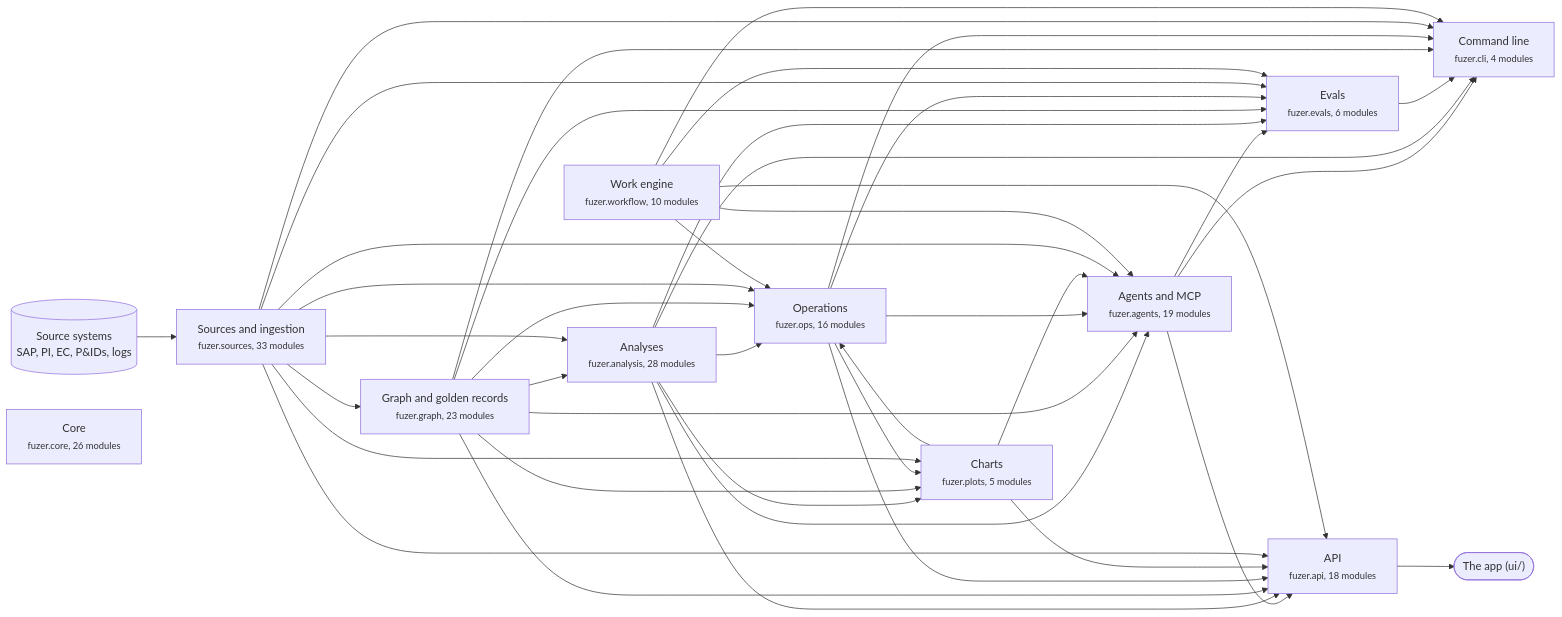
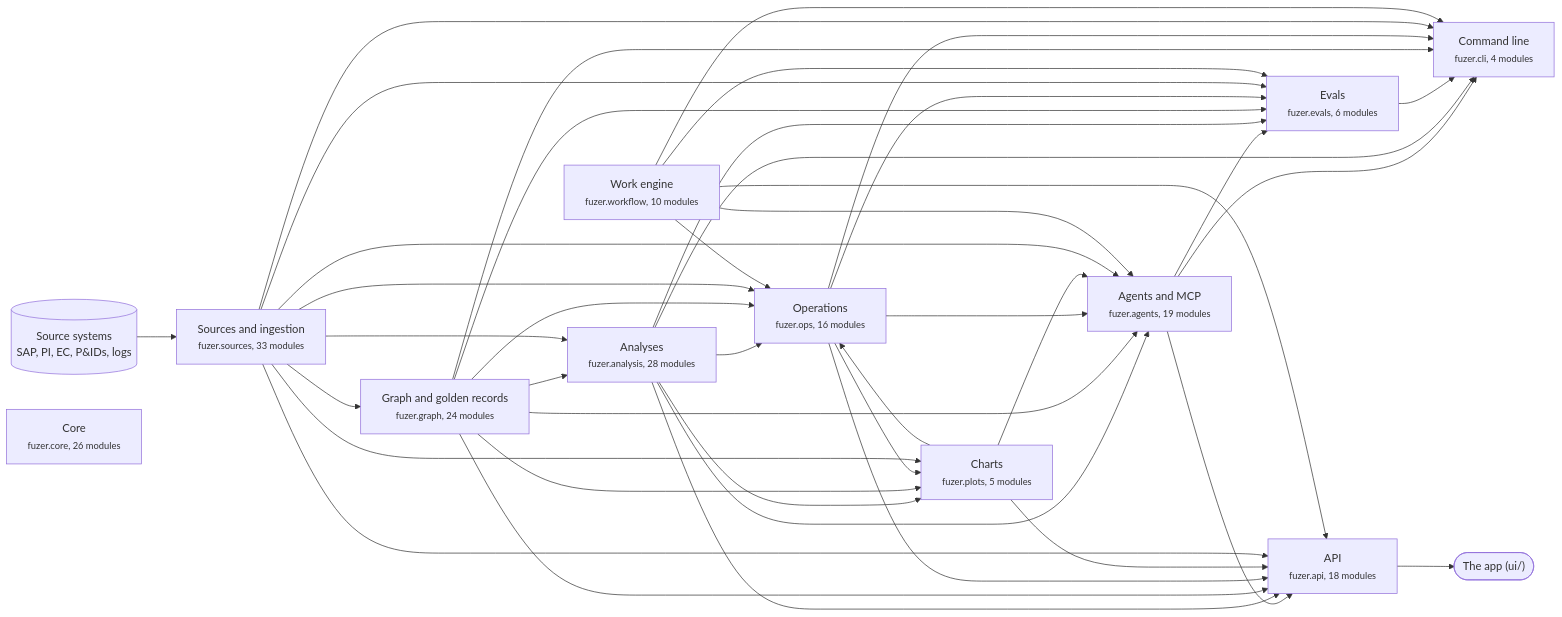
One commit to areed145/fuzer changed the first of 3 diagrams in docs/architecture.md. Above: the diagram before and after it, drawn with Mermaid. The commit also changed other lines of this file and 7 other files, not shown here.

````diff
--- a/docs/architecture.md
+++ b/docs/architecture.md
@@ -8,66 +8,66 @@
 ```mermaid
 flowchart LR
   systems[("Source systems<br>SAP, PI, EC, P&IDs, logs")] --> c_sources
   app(["The app (ui/)"])
   c_api --> app
   c_sources["Sources and ingestion<br><small>fuzer.sources, 33 modules</small>"]
-  c_graph["Graph and golden records<br><small>fuzer.graph, 23 modules</small>"]
+  c_graph["Graph and golden records<br><small>fuzer.graph, 24 modules</small>"]
   c_analysis["Analyses<br><small>fuzer.analysis, 28 modules</small>"]
   c_ops["Operations<br><small>fuzer.ops, 16 modules</small>"]
   c_plots["Charts<br><small>fuzer.plots, 5 modules</small>"]
   c_workflow["Work engine<br><small>fuzer.workflow, 10 modules</small>"]
   c_agents["Agents and MCP<br><small>fuzer.agents, 19 modules</small>"]
   c_evals["Evals<br><small>fuzer.evals, 6 modules</small>"]
   c_api["API<br><small>fuzer.api, 18 modules</small>"]
   c_cli["Command line<br><small>fuzer.cli, 4 modules</small>"]
   c_core["Core<br><small>fuzer.core, 26 modules</small>"]
   c_sources --> c_graph
   c_graph --> c_analysis
   c_sources --> c_analysis
   c_analysis --> c_ops
   c_graph --> c_ops
   c_plots --> c_ops
   c_sources --> c_ops
   c_workflow --> c_ops
   c_analysis --> c_plots
   c_graph --> c_plots
   c_ops --> c_plots
   c_sources --> c_plots
   c_analysis --> c_agents
   c_graph --> c_agents
   c_ops --> c_agents
   c_plots --> c_agents
   c_sources --> c_agents
   c_workflow --> c_agents
   c_agents --> c_evals
   c_analysis --> c_evals
   c_graph --> c_evals
   c_ops --> c_evals
   c_sources --> c_evals
   c_workflow --> c_evals
   c_agents --> c_api
   c_analysis --> c_api
   c_graph --> c_api
   c_ops --> c_api
   c_plots --> c_api
   c_sources --> c_api
   c_workflow --> c_api
   c_agents --> c_cli
   c_analysis --> c_cli
   c_evals --> c_cli
   c_graph --> c_cli
   c_ops --> c_cli
   c_sources --> c_cli
   c_workflow --> c_cli
   click c_sources "https://github.com/areed145/fuzer/tree/main/src/fuzer/sources"
   click c_graph "https://github.com/areed145/fuzer/tree/main/src/fuzer/graph"
   click c_analysis "https://github.com/areed145/fuzer/tree/main/src/fuzer/analysis"
   click c_ops "https://github.com/areed145/fuzer/tree/main/src/fuzer/ops"
   click c_plots "https://github.com/areed145/fuzer/tree/main/src/fuzer/plots"
   click c_workflow "https://github.com/areed145/fuzer/tree/main/src/fuzer/workflow"
   click c_agents "https://github.com/areed145/fuzer/tree/main/src/fuzer/agents"
   click c_evals "https://github.com/areed145/fuzer/tree/main/src/fuzer/evals"
   click c_api "https://github.com/areed145/fuzer/tree/main/src/fuzer/api"
   click c_cli "https://github.com/areed145/fuzer/tree/main/src/fuzer/cli"
   click c_core "https://github.com/areed145/fuzer/tree/main/src/fuzer/core"
 ```
````
